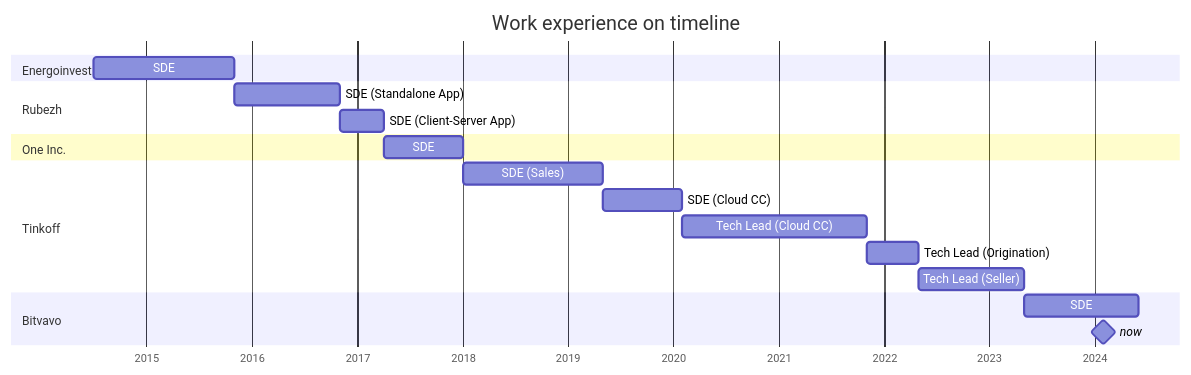
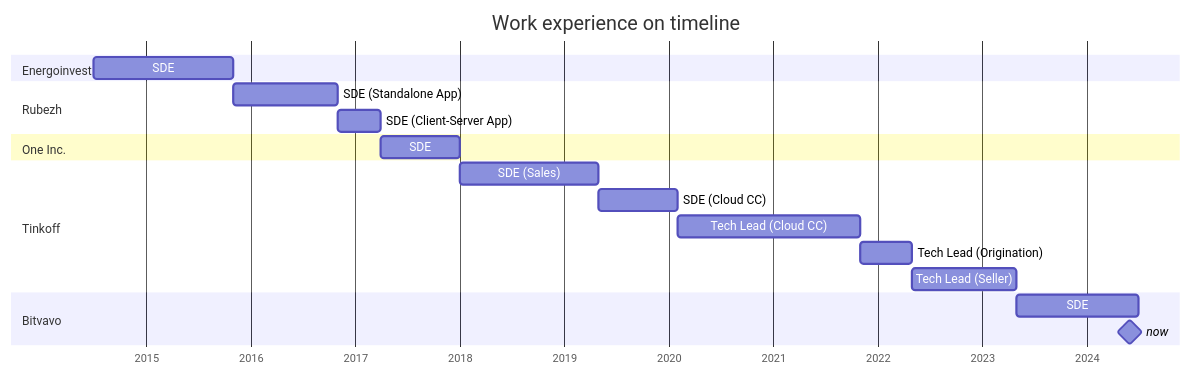
One commit to vladar107/vladar107 changed the diagram in cv.md. Above: the diagram before and after it, drawn with Mermaid. The commit also changed other lines of this file, not shown here.

````diff
--- a/cv.md
+++ b/cv.md
@@ -14,28 +14,28 @@
 ```mermaid
 gantt
     title Work experience on timeline
     dateFormat  YYYY-MM
     axisFormat  %Y
     todayMarker stroke-width:5px, opacity:0.75
     
     section Energoinvest
     SDE                     :sd1, 2014-07, 2015-11
     
     section Rubezh
     SDE (Standalone App)    :sd2, after sd1, 2016-11
     SDE (Client-Server App) :sd3, after sd2, 2017-04
     
     section One Inc.
     SDE                     :sd4, after sd3, 2018-01
     
     section Tinkoff
     SDE (Sales)             :sd5, after sd4, 2019-05
     SDE (Cloud CC)          :sd6, after sd5, 2020-02
     Tech Lead (Cloud CC)    :tl1, after sd6, 2021-11
     Tech Lead (Origination) :tl2, after tl1, 2022-05
     Tech Lead (Seller)      :tl3, after tl2, 2023-05
 
     section Bitvavo
-    SDE                     :sd7, after tl3, 2024-06
-    now                     :milestone, 2024-02, 1s
+    SDE                     :sd7, after tl3, 2024-07
+    now                     :milestone, 2024-06, 1s
 ```
````
